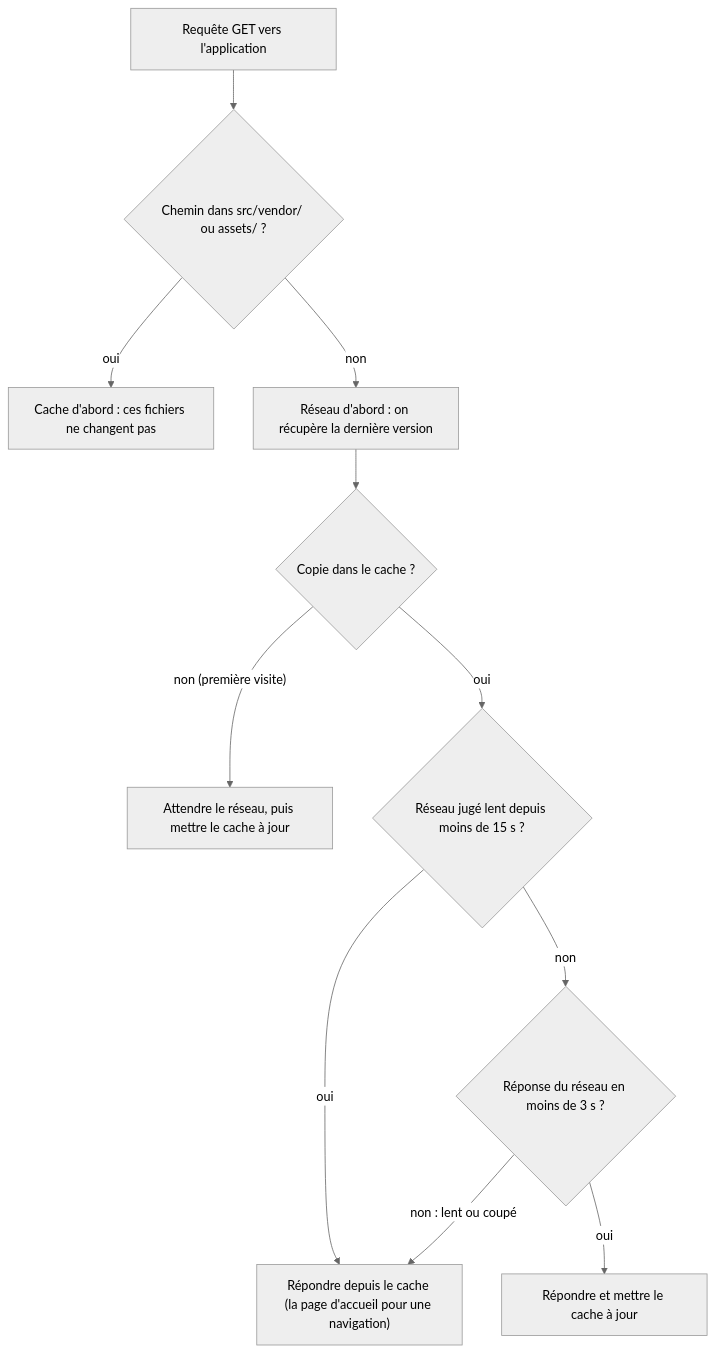
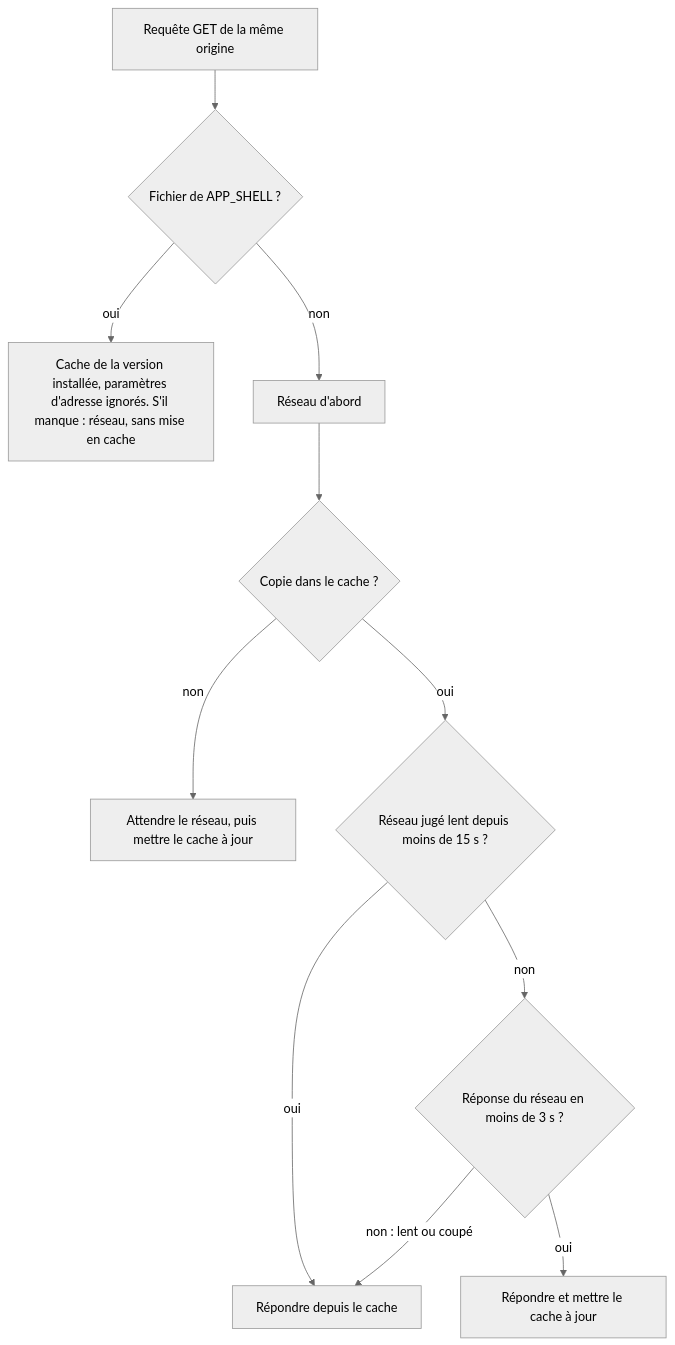
Before and after one commit to bilelkhlif/footballsimulator: the fourth of 4 diagrams in docs/guide-du-code.md, drawn with Mermaid (neutral theme). The commit also changed other lines of this file and 11 other files, not shown here.

First line of the commit message:
Documente le sprint 6 : recette, manuel utilisateur, UML et script de la vidéo

````diff
--- a/docs/guide-du-code.md
+++ b/docs/guide-du-code.md
@@ -340,13 +344,13 @@
 ```mermaid
 flowchart TD
-  R["Requête GET vers l'application"] --> Q{"Chemin dans src/vendor/ ou assets/ ?"}
-  Q -- "oui" --> CF["Cache d'abord : ces fichiers ne changent pas"]
-  Q -- "non" --> NF["Réseau d'abord : on récupère la dernière version"]
+  R["Requête GET de la même origine"] --> Q{"Fichier de APP_SHELL ?"}
+  Q -- "oui" --> SH["Cache de la version installée, paramètres d'adresse ignorés. S'il manque : réseau, sans mise en cache"]
+  Q -- "non" --> NF["Réseau d'abord"]
   NF --> HAS{"Copie dans le cache ?"}
-  HAS -- "non (première visite)" --> W["Attendre le réseau, puis mettre le cache à jour"]
+  HAS -- "non" --> W["Attendre le réseau, puis mettre le cache à jour"]
   HAS -- "oui" --> SLOW{"Réseau jugé lent depuis moins de 15 s ?"}
-  SLOW -- "oui" --> C["Répondre depuis le cache (la page d'accueil pour une navigation)"]
+  SLOW -- "oui" --> C["Répondre depuis le cache"]
   SLOW -- "non" --> NET{"Réponse du réseau en moins de 3 s ?"}
   NET -- "oui" --> U["Répondre et mettre le cache à jour"]
   NET -- "non : lent ou coupé" --> C
 ```
````
